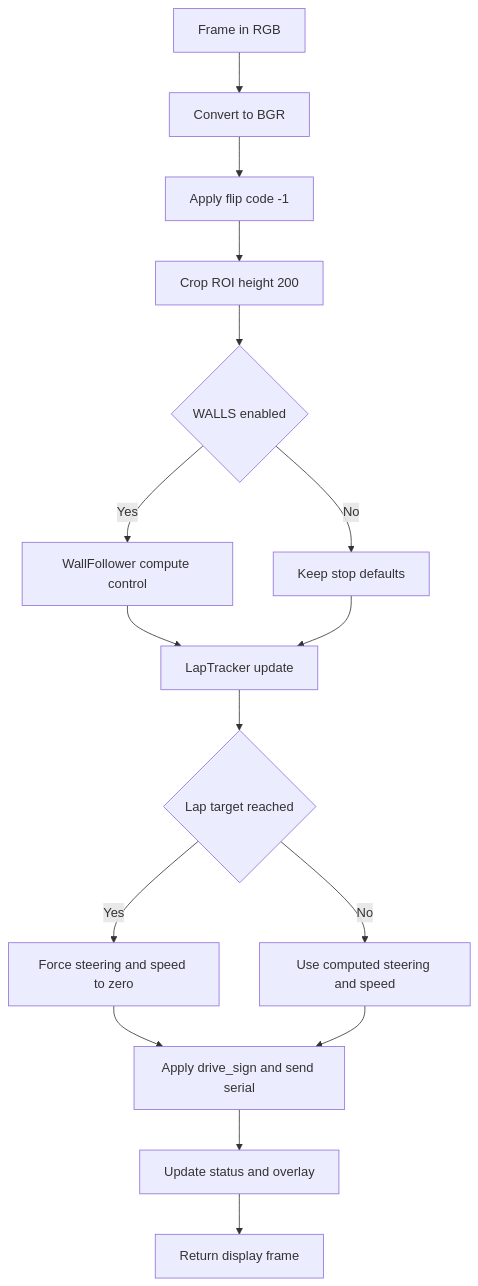
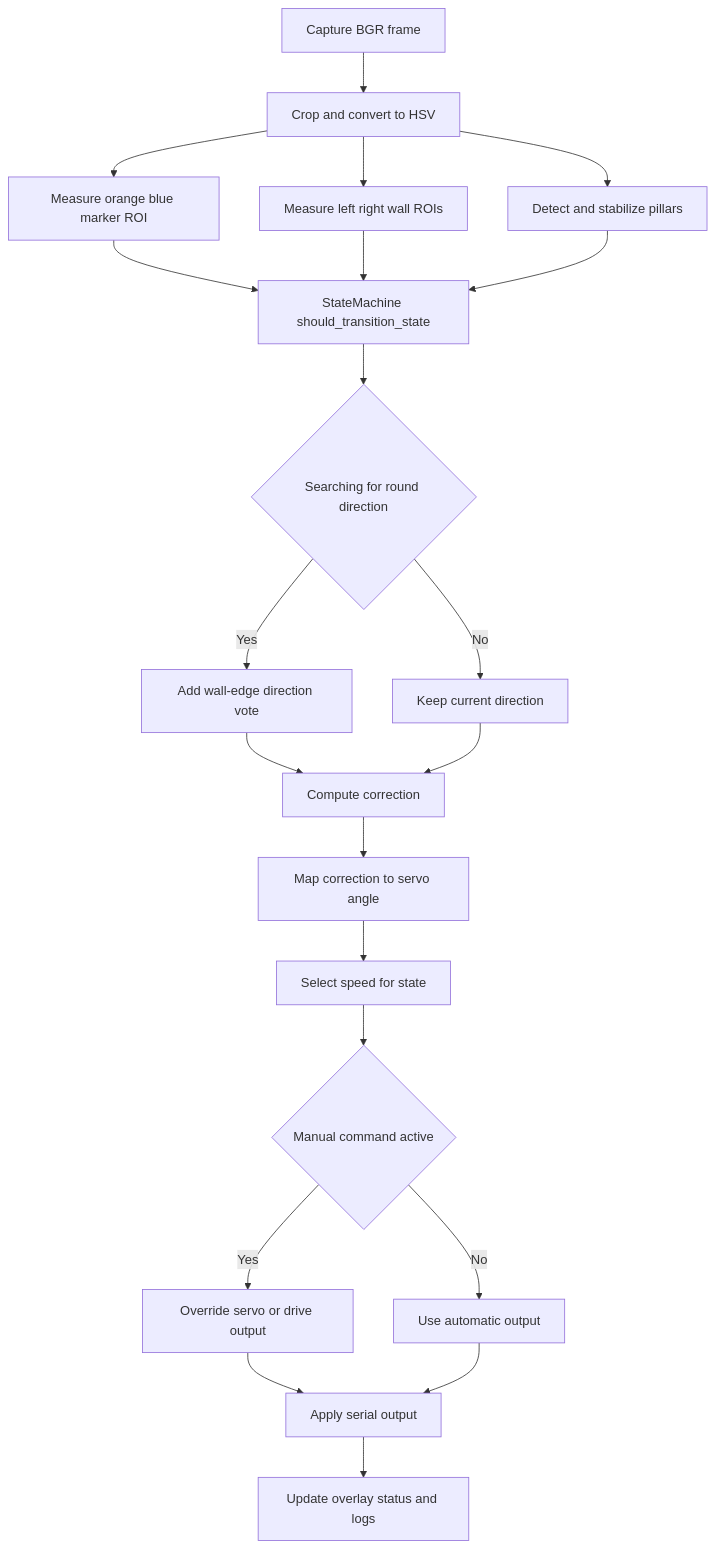
The second of 8 diagrams in README.md (berkemutluu/Flame-WRO-FE), drawn with Mermaid before and after one commit. The commit also changed other lines of this file, not shown here.

````diff
--- a/README.md
+++ b/README.md
@@ -765,18 +823,23 @@
-```mermaid
-flowchart TD
-    A[Frame in RGB] --> B[Convert to BGR]
-    B --> C[Apply flip code -1]
-    C --> D[Crop ROI height 200]
-    D --> E{WALLS enabled}
-    E -- Yes --> F[WallFollower compute control]
-    E -- No --> G[Keep stop defaults]
-    F --> H[LapTracker update]
-    G --> H
-    H --> I{Lap target reached}
-    I -- Yes --> J[Force steering and speed to zero]
-    I -- No --> K[Use computed steering and speed]
-    J --> L[Apply drive_sign and send serial]
-    K --> L
-    L --> M[Update status and overlay]
-    M --> N[Return display frame]
-```
+```mermaid  
+flowchart TD  
+    A[Capture BGR frame] --> B[Crop and convert to HSV]  
+    B --> C[Measure orange blue marker ROI]  
+    B --> D[Measure left right wall ROIs]  
+    B --> E[Detect and stabilize pillars]  
+    C --> F[StateMachine should_transition_state]  
+    D --> F  
+    E --> F  
+    F --> G{Searching for round direction}  
+    G -- Yes --> H[Add wall-edge direction vote]  
+    G -- No --> I[Keep current direction]  
+    H --> J[Compute correction]  
+    I --> J  
+    J --> K[Map correction to servo angle]  
+    K --> L[Select speed for state]  
+    L --> M{Manual command active}  
+    M -- Yes --> N[Override servo or drive output]  
+    M -- No --> O[Use automatic output]  
+    N --> P[Apply serial output]  
+    O --> P  
+    P --> Q[Update overlay status and logs]  
+```  
````
